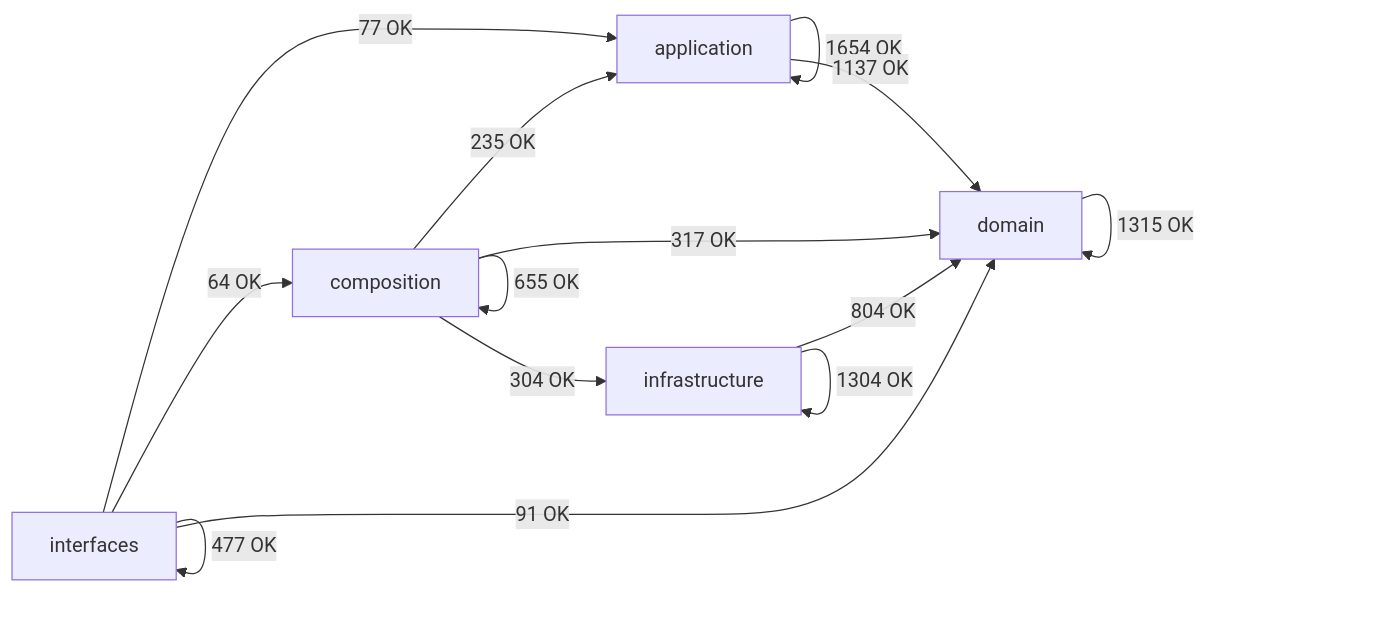
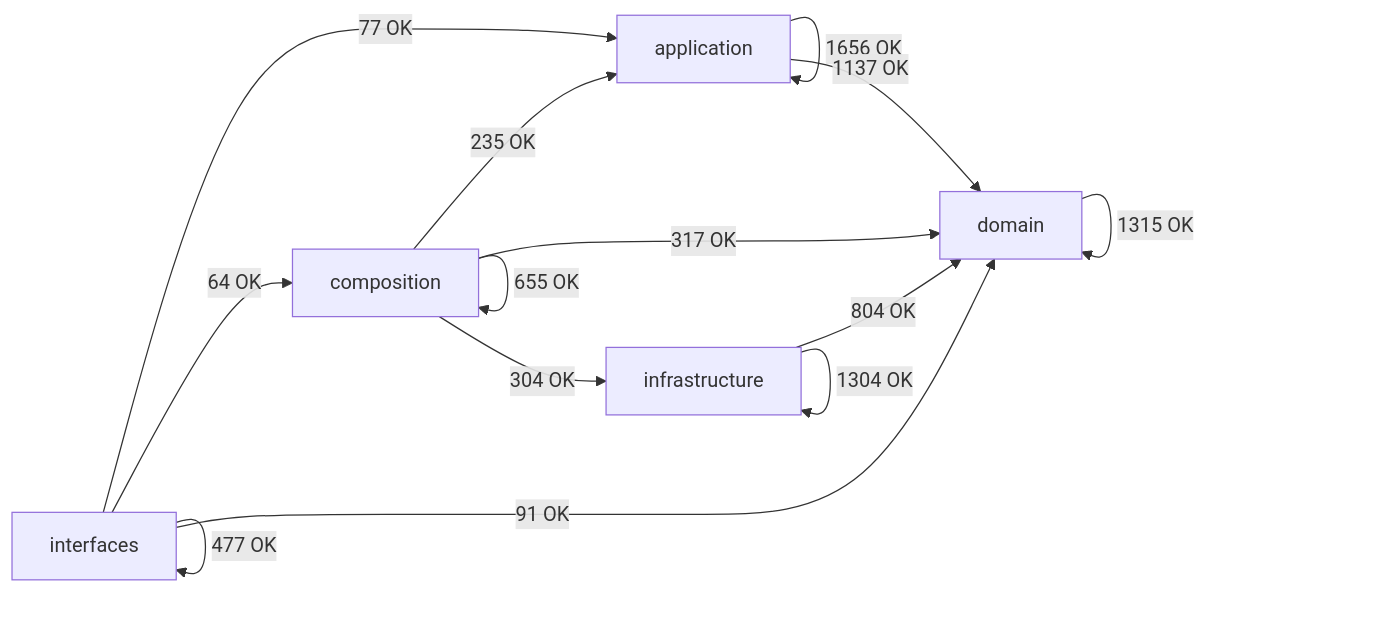
One commit to SatoryKono/BioactivityDataAcquisition changed the diagram in docs/02-architecture/generated/module-dependency-map.md. Above: the diagram before and after it, drawn with Mermaid. The commit also changed other lines of this file and 17 other files, not shown here.

````diff
--- a/docs/02-architecture/generated/module-dependency-map.md
+++ b/docs/02-architecture/generated/module-dependency-map.md
@@ -17,21 +17,21 @@
 ```mermaid
 flowchart LR
     domain[domain]
     application[application]
     infrastructure[infrastructure]
     composition[composition]
     interfaces[interfaces]
-    application -->|1654 OK| application
+    application -->|1656 OK| application
     application -->|1137 OK| domain
     composition -->|235 OK| application
     composition -->|655 OK| composition
     composition -->|317 OK| domain
     composition -->|304 OK| infrastructure
     domain -->|1315 OK| domain
     infrastructure -->|804 OK| domain
     infrastructure -->|1304 OK| infrastructure
     interfaces -->|77 OK| application
     interfaces -->|64 OK| composition
     interfaces -->|91 OK| domain
     interfaces -->|477 OK| interfaces
 ```
````
